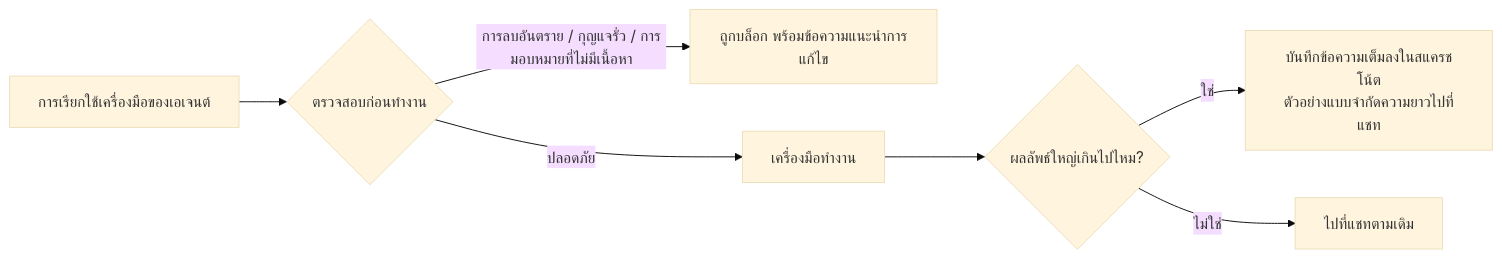
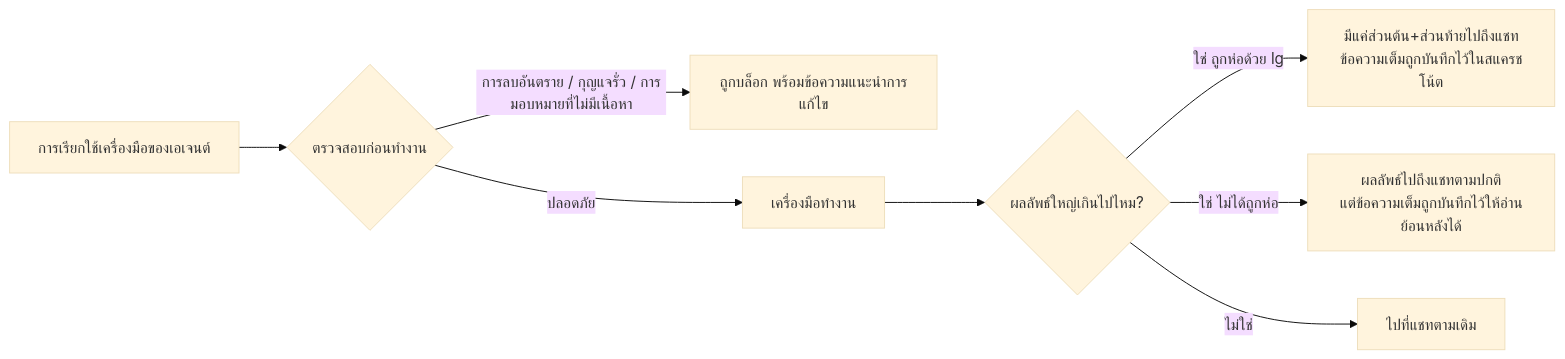
Before and after one commit to caty-ai/context-kit: the diagram in README.th.md, drawn with Mermaid (base theme). The commit also changed other lines of this file and 7 other files, not shown here.

````diff
--- a/README.th.md
+++ b/README.th.md
@@ -57,9 +57,10 @@
 ```mermaid
 flowchart LR
     A[การเรียกใช้เครื่องมือของเอเจนต์] --> B{ตรวจสอบก่อนทำงาน}
     B -->|การลบอันตราย / กุญแจรั่ว / การมอบหมายที่ไม่มีเนื้อหา| X[ถูกบล็อก พร้อมข้อความแนะนำการแก้ไข]
     B -->|ปลอดภัย| C[เครื่องมือทำงาน]
     C --> D{ผลลัพธ์ใหญ่เกินไปไหม?}
-    D -->|ใช่| E[บันทึกข้อความเต็มลงในสแครชโน้ต<br>ตัวอย่างแบบจำกัดความยาวไปที่แชท]
+    D -->|ใช่ ถูกห่อด้วย lg| E[มีแค่ส่วนต้น+ส่วนท้ายไปถึงแชท<br>ข้อความเต็มถูกบันทึกไว้ในสแครชโน้ต]
+    D -->|ใช่ ไม่ได้ถูกห่อ| G[ผลลัพธ์ไปถึงแชทตามปกติ<br>แต่ข้อความเต็มถูกบันทึกไว้ให้อ่านย้อนหลังได้]
     D -->|ไม่ใช่| F[ไปที่แชทตามเดิม]
 ```
````
